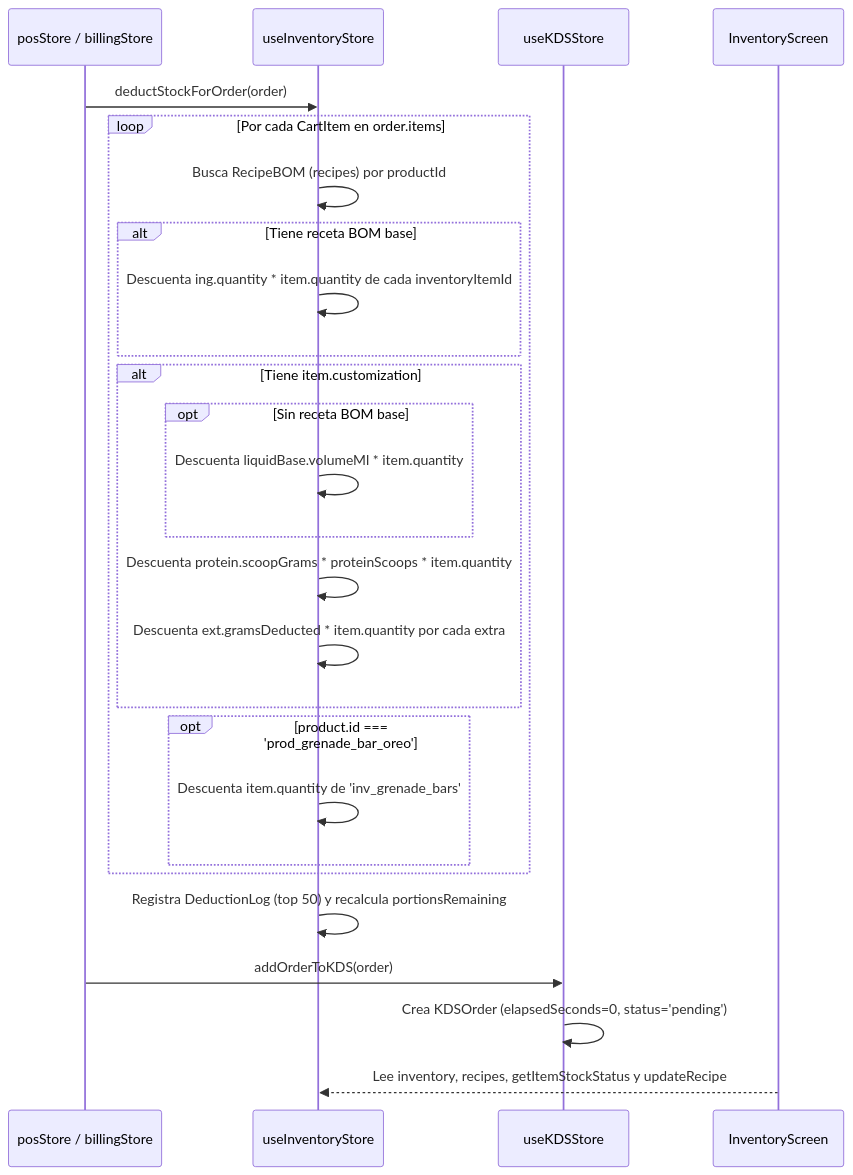
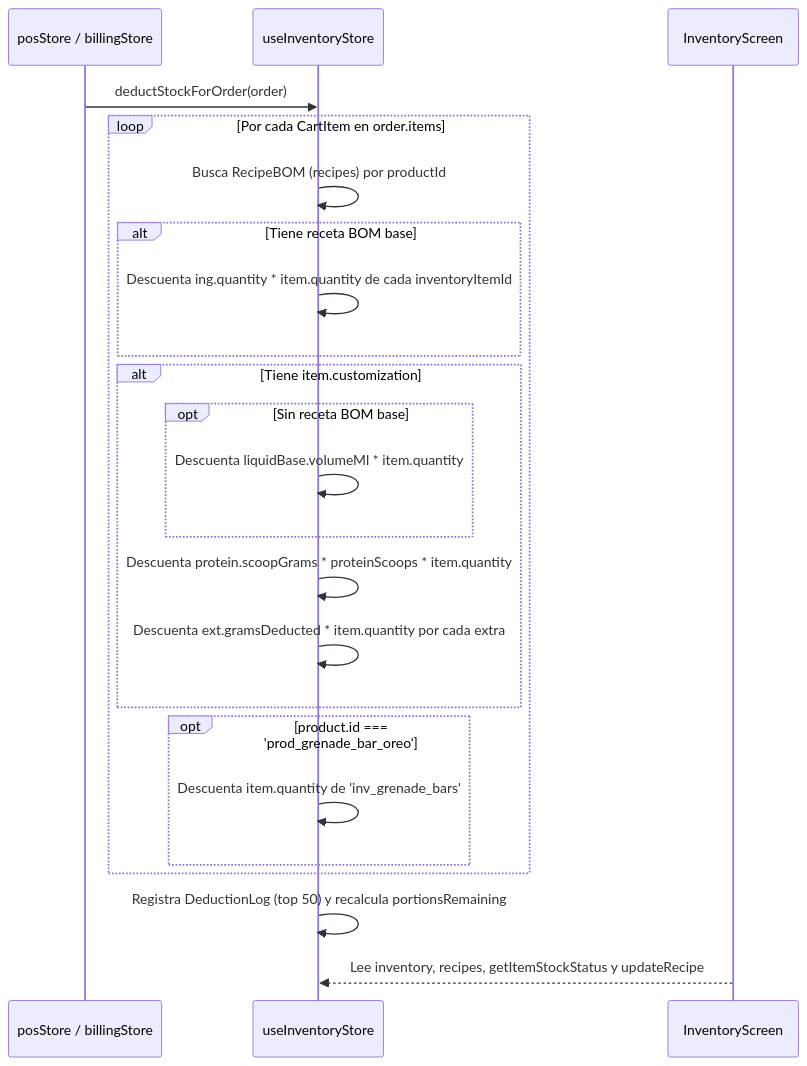
The second of 2 diagrams in ARCHITECTURE.md (Jason171096/prime-fitness-bar), drawn with Mermaid before and after one commit. The commit also changed other lines of this file and 14 other files, not shown here.

````diff
--- a/ARCHITECTURE.md
+++ b/ARCHITECTURE.md
@@ -949,29 +926,26 @@
 ```mermaid
 sequenceDiagram
     participant Checkout as posStore / billingStore
     participant Inv as useInventoryStore
-    participant KDS as useKDSStore
     participant Screen as InventoryScreen
 
     Checkout->>Inv: deductStockForOrder(order)
     loop Por cada CartItem en order.items
         Inv->>Inv: Busca RecipeBOM (recipes) por productId
         alt Tiene receta BOM base
             Inv->>Inv: Descuenta ing.quantity * item.quantity de cada inventoryItemId
         end
         alt Tiene item.customization
             opt Sin receta BOM base
                 Inv->>Inv: Descuenta liquidBase.volumeMl * item.quantity
             end
             Inv->>Inv: Descuenta protein.scoopGrams * proteinScoops * item.quantity
             Inv->>Inv: Descuenta ext.gramsDeducted * item.quantity por cada extra
         end
         opt product.id === 'prod_grenade_bar_oreo'
             Inv->>Inv: Descuenta item.quantity de 'inv_grenade_bars'
         end
     end
     Inv->>Inv: Registra DeductionLog (top 50) y recalcula portionsRemaining
-    Checkout->>KDS: addOrderToKDS(order)
-    KDS->>KDS: Crea KDSOrder (elapsedSeconds=0, status='pending')
     Screen-->>Inv: Lee inventory, recipes, getItemStockStatus y updateRecipe
 ```
````
